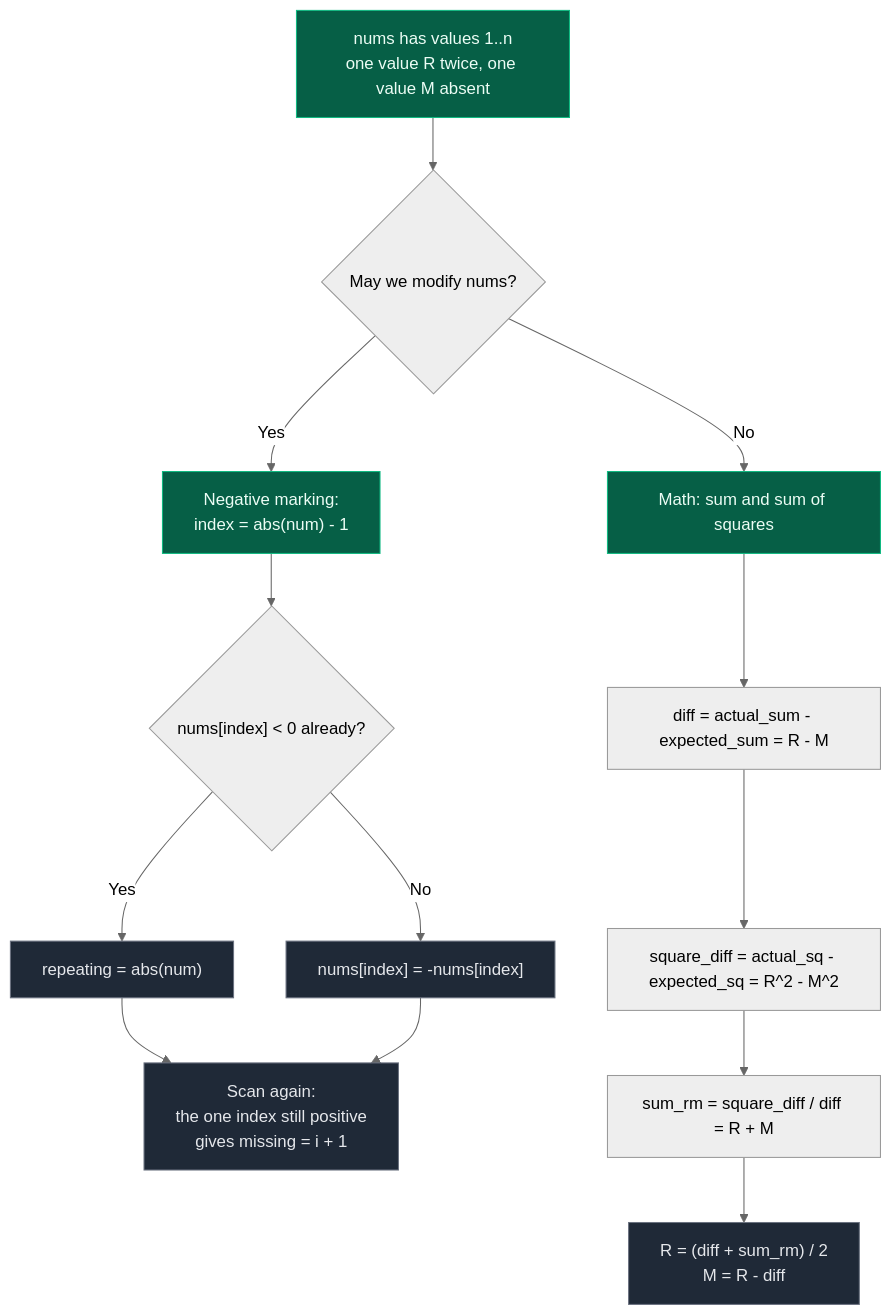
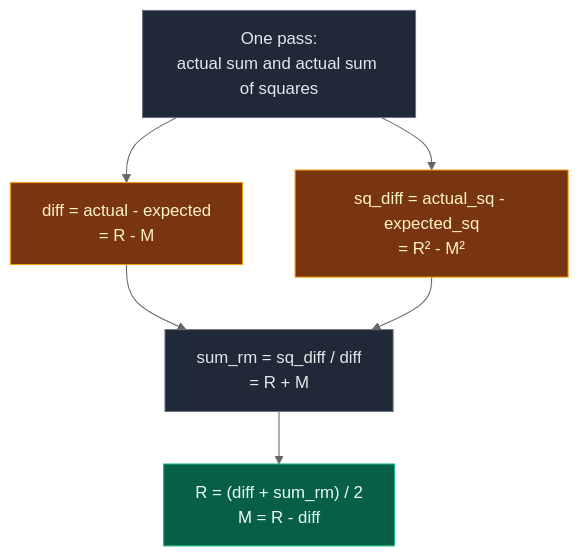
One commit to ajay-nikumbh/dsa-notes changed the diagram in 01. Array/05. XOR and Math Tricks/03. Missing And Repeating.md. Above: the diagram before and after it, drawn with Mermaid (neutral theme). The commit also changed other lines of this file and 85 other files, not shown here.

````diff
--- a/01. Array/05. XOR and Math Tricks/03. Missing And Repeating.md
+++ b/01. Array/05. XOR and Math Tricks/03. Missing And Repeating.md
@@ -99,18 +70,12 @@
 ```mermaid
 flowchart TD
-    S["nums has values 1..n<br/>one value R twice, one value M absent"]:::calc --> P{"May we modify nums?"}
-    P -- "Yes" --> N["Negative marking:<br/>index = abs(num) - 1"]:::calc
-    N --> Q{"nums[index] < 0 already?"}
-    Q -- "Yes" --> R1["repeating = abs(num)"]:::edge
-    Q -- "No" --> R2["nums[index] = -nums[index]"]:::edge
-    R1 --> Z["Scan again:<br/>the one index still positive<br/>gives missing = i + 1"]:::edge
-    R2 --> Z
-    P -- "No" --> MA["Math: sum and sum of squares"]:::calc
-    MA --> E1["diff = actual_sum - expected_sum = R - M"]
-    E1 --> E2["square_diff = actual_sq - expected_sq = R^2 - M^2"]
-    E2 --> E3["sum_rm = square_diff / diff = R + M"]
-    E3 --> E4["R = (diff + sum_rm) / 2<br/>M = R - diff"]:::edge
+    A["One pass:<br/>actual sum and actual sum of squares"]:::a --> B["diff = actual - expected<br/>= R - M"]:::c
+    A --> C["sq_diff = actual_sq - expected_sq<br/>= R² - M²"]:::c
+    B --> D["sum_rm = sq_diff / diff<br/>= R + M"]:::a
+    C --> D
+    D --> E["R = (diff + sum_rm) / 2<br/>M = R - diff"]:::d
 
-    classDef edge fill:#1f2937,stroke:#6b7280,color:#e5e7eb
-    classDef calc fill:#065f46,stroke:#10b981,color:#ecfdf5
+    classDef a fill:#1f2937,stroke:#6b7280,color:#e5e7eb
+    classDef c fill:#78350f,stroke:#f59e0b,color:#fef3c7
+    classDef d fill:#065f46,stroke:#10b981,color:#ecfdf5
 ```
````
